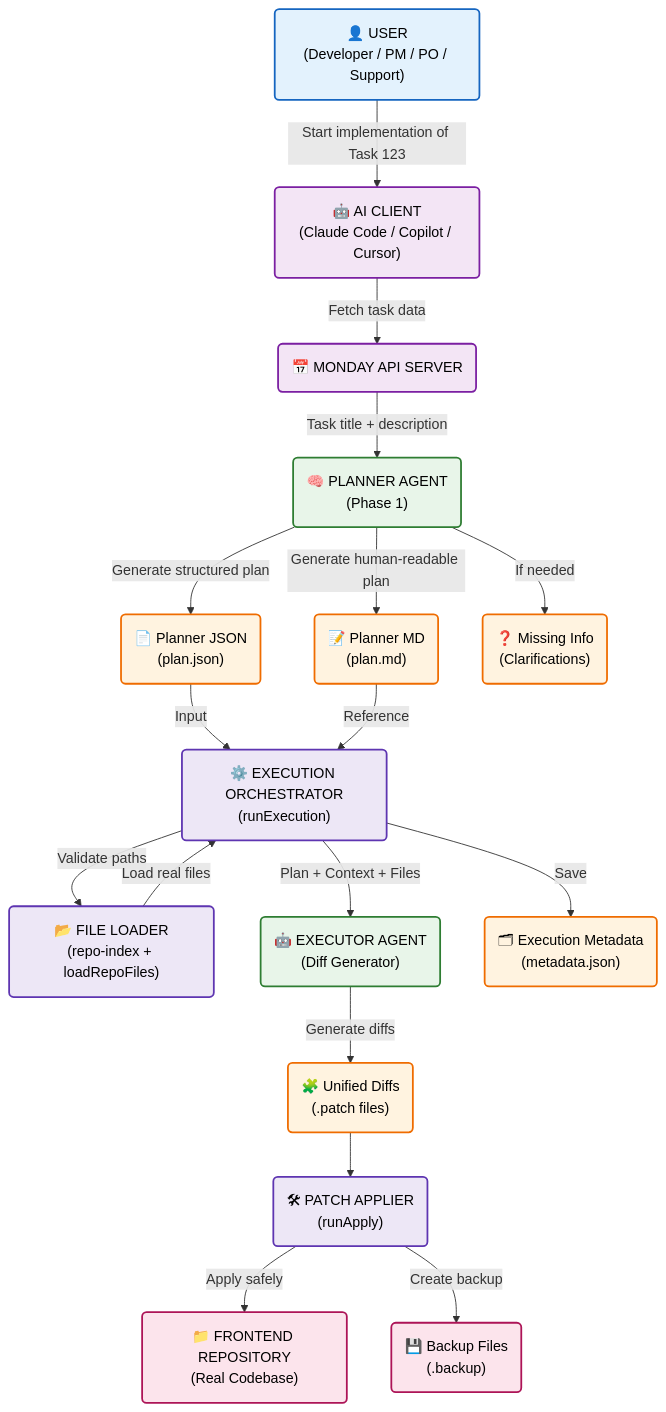
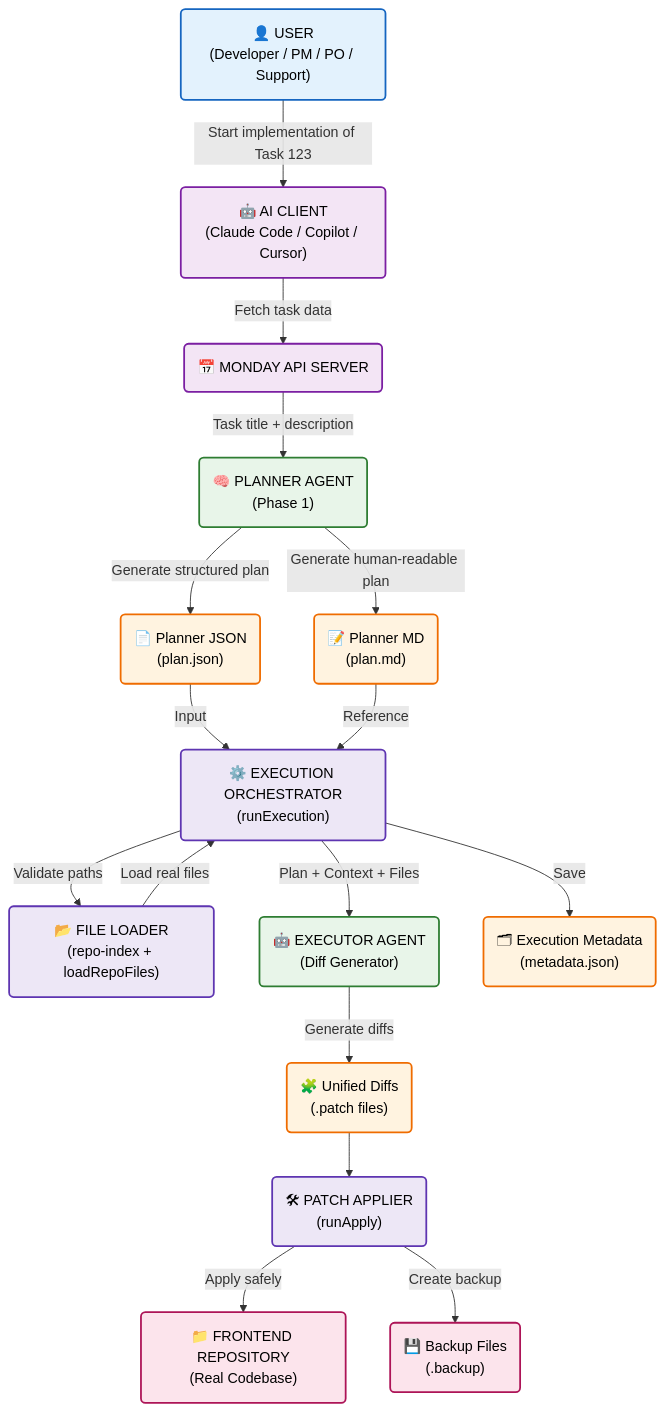
Before and after one commit to GabrielGomesBarbosa/mat-ai-agent: the third of 3 diagrams in README.md, drawn with Mermaid. The commit also changed other lines of this file and 17 other files, not shown here.

Commit message:
refactor: Rework planner agent and orchestrator, remove old documentation and docs tool.

````diff
--- a/README.md
+++ b/README.md
@@ -312,78 +255,76 @@
 ```mermaid
 flowchart TD
     %% ======================
     %% ACTORS
     %% ======================
     User("👤 USER<br/>(Developer / PM / PO / Support)")
     AIClient("🤖 AI CLIENT<br/>(Claude Code / Copilot / Cursor)")
     MondayAPI("📅 MONDAY API SERVER")
 
     %% ======================
     %% PHASE 1 — PLANNER
     %% ======================
     PlannerAgent("🧠 PLANNER AGENT<br/>(Phase 1)")
     
     JSON("📄 Planner JSON<br/>(plan.json)")
     MD("📝 Planner MD<br/>(plan.md)")
-    Missing("❓ Missing Info<br/>(Clarifications)")
-
+    
     %% ======================
     %% PHASE 2 — EXECUTOR
     %% ======================
     ExecutionOrchestrator("⚙️ EXECUTION ORCHESTRATOR<br/>(runExecution)")
     FileLoader("📂 FILE LOADER<br/>(repo-index + loadRepoFiles)")
     ExecutorAgent("🤖 EXECUTOR AGENT<br/>(Diff Generator)")
     
     Diffs("🧩 Unified Diffs<br/>(.patch files)")
     Metadata("🗂 Execution Metadata<br/>(metadata.json)")
 
     %% ======================
     %% PHASE 2.5 — APPLY
     %% ======================
     ApplyPatches("🛠 PATCH APPLIER<br/>(runApply)")
     Repo("📁 FRONTEND REPOSITORY<br/>(Real Codebase)")
     Backup("💾 Backup Files<br/>(.backup)")
 
     %% ======================
     %% FLOW
     %% ======================
     User -->|"Start implementation of Task 123"| AIClient
     AIClient -->|"Fetch task data"| MondayAPI
     MondayAPI -->|"Task title + description"| PlannerAgent
 
     PlannerAgent -->|"Generate structured plan"| JSON
     PlannerAgent -->|"Generate human-readable plan"| MD
-    PlannerAgent -->|"If needed"| Missing
 
     JSON -->|"Input"| ExecutionOrchestrator
     MD -->|"Reference"| ExecutionOrchestrator
 
     ExecutionOrchestrator -->|"Validate paths"| FileLoader
     FileLoader -->|"Load real files"| ExecutionOrchestrator
 
     ExecutionOrchestrator -->|"Plan + Context + Files"| ExecutorAgent
     ExecutorAgent -->|"Generate diffs"| Diffs
 
     ExecutionOrchestrator -->|"Save"| Metadata
 
     Diffs --> ApplyPatches
     ApplyPatches -->|"Apply safely"| Repo
     ApplyPatches -->|"Create backup"| Backup
 
     %% ======================
     %% STYLING
     %% ======================
     classDef user fill:#e3f2fd,stroke:#1565c0,stroke-width:2px,color:#000
     classDef system fill:#f3e5f5,stroke:#7b1fa2,stroke-width:2px,color:#000
     classDef agent fill:#e8f5e9,stroke:#2e7d32,stroke-width:2px,color:#000
     classDef output fill:#fff3e0,stroke:#ef6c00,stroke-width:2px,color:#000
     classDef execution fill:#ede7f6,stroke:#5e35b1,stroke-width:2px,color:#000
     classDef repo fill:#fce4ec,stroke:#ad1457,stroke-width:2px,color:#000
 
     class User user
     class AIClient,MondayAPI system
     class PlannerAgent,ExecutorAgent agent
-    class JSON,MD,Missing,Diffs,Metadata output
+    class JSON,MD,Diffs,Metadata output
     class ExecutionOrchestrator,FileLoader,ApplyPatches execution
     class Repo,Backup repo
 ```
````
